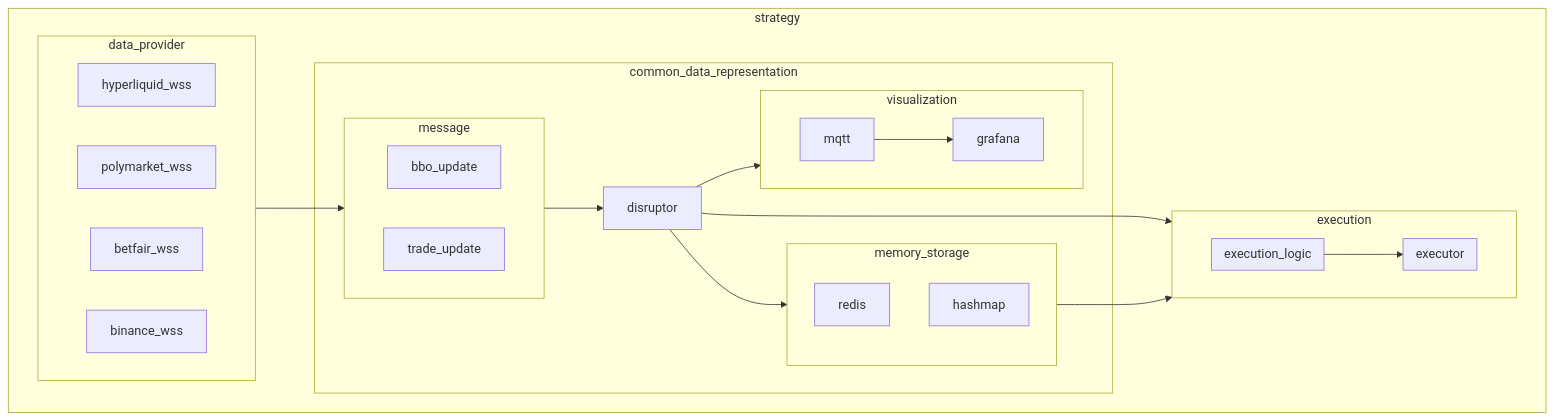
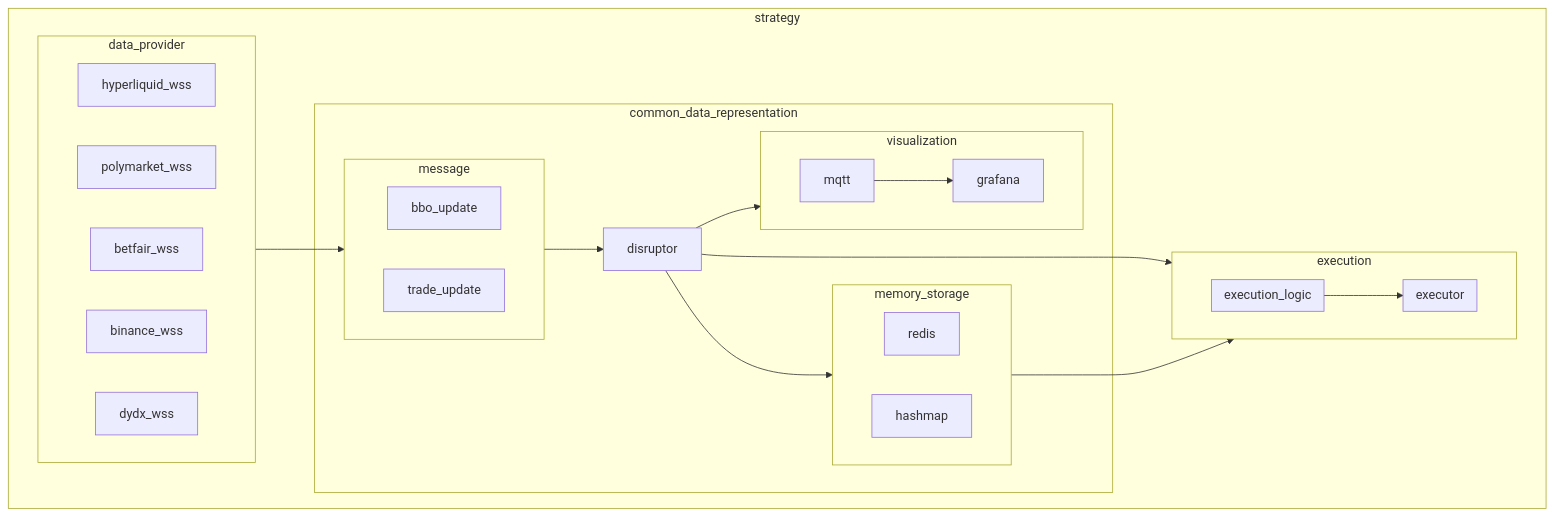
Before and after one commit to sbOogway/smm: the first of 4 diagrams in README.md, drawn with Mermaid. The commit also changed other lines of this file, not shown here.

Commit message:
docs: update architecture diagrams in readme

````diff
--- a/README.md
+++ b/README.md
@@ -11,57 +11,59 @@
 ```mermaid
 flowchart TD
     subgraph strategy
         
         subgraph execution [execution]
             direction LR
             subgraph executor [executor]
             end
             subgraph execution_logic [execution_logic]
             end
             
         end
         subgraph common_data_representation
             disruptor
             subgraph visualization
                 direction LR
                 mqtt
                 grafana
             end
 
             subgraph memory_storage
+                direction LR
                 redis
                 hashmap
             end
 
             subgraph message
                 direction LR
             
                 bbo_update
                 trade_update
             end
         end
 
         subgraph data_provider
             direction LR
             hyperliquid_wss
             polymarket_wss
             betfair_wss
             binance_wss
+            dydx_wss
         end
         
     end
 
     data_provider --> message
     common_data_representation --> visualization
 
     message --> disruptor
     disruptor --> execution
     disruptor --> memory_storage
     memory_storage --> execution
 
     mqtt --> grafana
 
     disruptor --> visualization
 
     execution_logic --> executor
 ```
````
